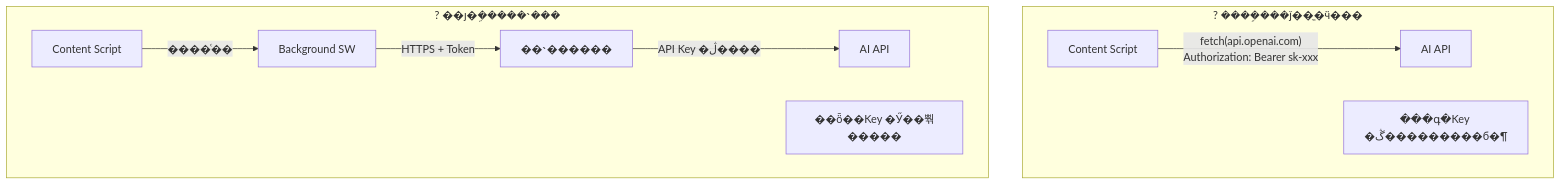
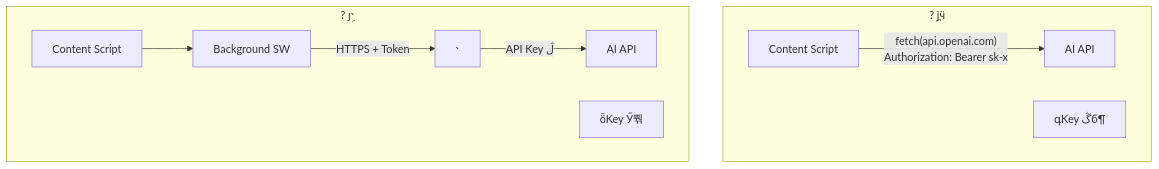
The third of 8 diagrams in content/post/ai-interview/Chrome插件如何安全调用AI.zh-CN.md (TimeHunter618/hugo-maid-code), drawn with Mermaid before and after one commit. The commit also changed other lines of this file and 55 other files, not shown here.

````diff
--- a/content/post/ai-interview/Chrome插件如何安全调用AI.zh-CN.md
+++ b/content/post/ai-interview/Chrome插件如何安全调用AI.zh-CN.md
@@ -78,14 +78,14 @@
 ```mermaid
 graph TB
-    subgraph "? ����ܹ���ǰ��ֱ�ӵ���"
-        A1[Content Script] -->|"fetch(api.openai.com)<br/>Authorization: Bearer sk-xxx"| B1[AI API]
-        C1["���գ�Key �ڴ���������б�¶"]
+    subgraph "? ܹǰֱӵ"
+        A1[Content Script] -->|"fetch(api.openai.com)<br/>Authorization: Bearer sk-x"| B1[AI API]
+        C1["գKey ڴб¶"]
     end
 
-    subgraph "? ��ȷ�ܹ�����˴���"
-        A2[Content Script] -->|"����ͨ��"| B2[Background SW]
-        B2 -->|"HTTPS + Token"| C2[��˴������]
-        C2 -->|"API Key �ڷ����"| D2[AI API]
-        E2["��ȫ��Key �Ӳ��뿪�����"]
+    subgraph "? ȷܹ˴"
+        A2[Content Script] -->|"ͨ"| B2[Background SW]
+        B2 -->|"HTTPS + Token"| C2[˴]
+        C2 -->|"API Key ڷ"| D2[AI API]
+        E2["ȫKey Ӳ뿪"]
     end
 ```
````
